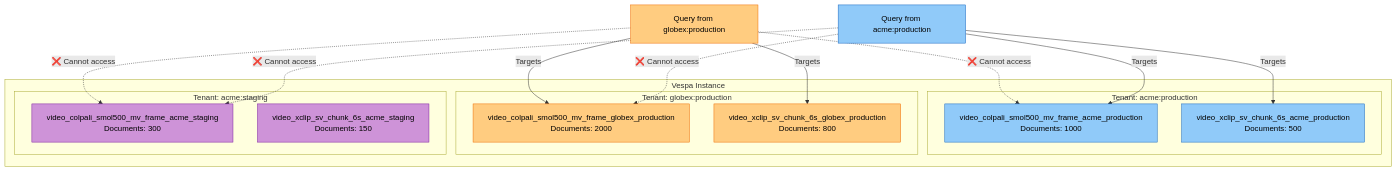
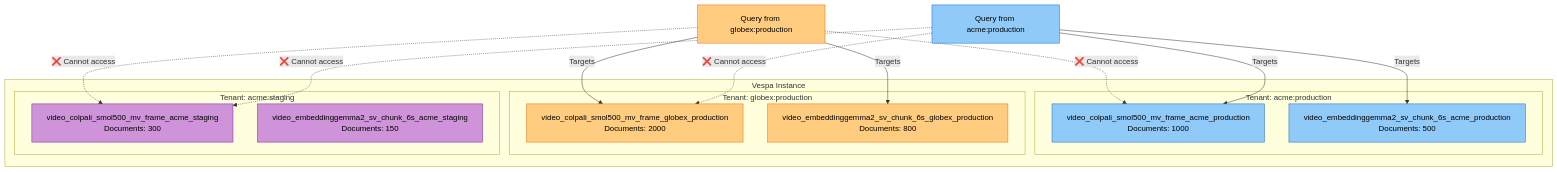
The sixth of 21 diagrams in docs/diagrams/multi-tenant-diagrams.md (amit-jain/cogniverse), drawn with Mermaid before and after one commit. The commit also changed other lines of this file and 161 other files, not shown here.

````diff
--- a/docs/diagrams/multi-tenant-diagrams.md
+++ b/docs/diagrams/multi-tenant-diagrams.md
@@ -288,38 +288,38 @@
 ```mermaid
 flowchart TB
     subgraph "Vespa Instance"
         subgraph "Tenant: acme:production"
             SchemaA1["<span style='color:#000'>video_colpali_smol500_mv_frame_acme_production<br/>Documents: 1000</span>"]
-            SchemaA2["<span style='color:#000'>video_xclip_sv_chunk_6s_acme_production<br/>Documents: 500</span>"]
+            SchemaA2["<span style='color:#000'>video_embeddinggemma2_sv_chunk_6s_acme_production<br/>Documents: 500</span>"]
         end
 
         subgraph "Tenant: globex:production"
             SchemaB1["<span style='color:#000'>video_colpali_smol500_mv_frame_globex_production<br/>Documents: 2000</span>"]
-            SchemaB2["<span style='color:#000'>video_xclip_sv_chunk_6s_globex_production<br/>Documents: 800</span>"]
+            SchemaB2["<span style='color:#000'>video_embeddinggemma2_sv_chunk_6s_globex_production<br/>Documents: 800</span>"]
         end
 
         subgraph "Tenant: acme:staging"
             SchemaC1["<span style='color:#000'>video_colpali_smol500_mv_frame_acme_staging<br/>Documents: 300</span>"]
-            SchemaC2["<span style='color:#000'>video_xclip_sv_chunk_6s_acme_staging<br/>Documents: 150</span>"]
+            SchemaC2["<span style='color:#000'>video_embeddinggemma2_sv_chunk_6s_acme_staging<br/>Documents: 150</span>"]
         end
     end
 
     QueryA["<span style='color:#000'>Query from acme:production</span>"] -->|Targets| SchemaA1
     QueryA -->|Targets| SchemaA2
     QueryA -.->|❌ Cannot access| SchemaB1
     QueryA -.->|❌ Cannot access| SchemaC1
 
     QueryB["<span style='color:#000'>Query from globex:production</span>"] -->|Targets| SchemaB1
     QueryB -->|Targets| SchemaB2
     QueryB -.->|❌ Cannot access| SchemaA1
     QueryB -.->|❌ Cannot access| SchemaC1
 
     style SchemaA1 fill:#90caf9,stroke:#1565c0,color:#000
     style SchemaA2 fill:#90caf9,stroke:#1565c0,color:#000
     style SchemaB1 fill:#ffcc80,stroke:#ef6c00,color:#000
     style SchemaB2 fill:#ffcc80,stroke:#ef6c00,color:#000
     style SchemaC1 fill:#ce93d8,stroke:#7b1fa2,color:#000
     style SchemaC2 fill:#ce93d8,stroke:#7b1fa2,color:#000
     style QueryA fill:#90caf9,stroke:#1565c0,color:#000
     style QueryB fill:#ffcc80,stroke:#ef6c00,color:#000
 ```
````
